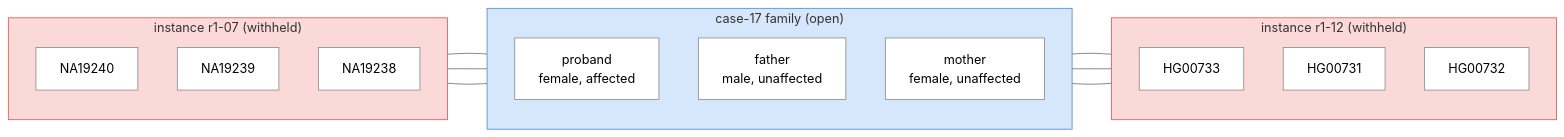
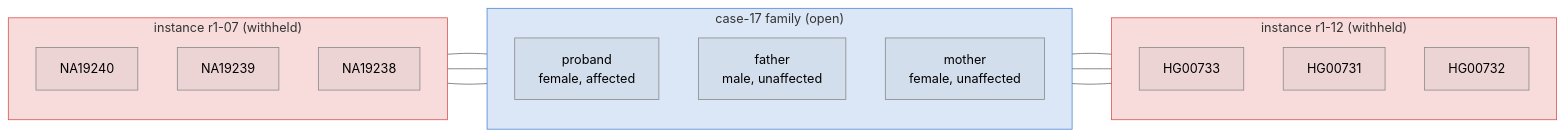
Before and after one commit to populationgenomics/rare-disease-benchmark: the second of 4 diagrams in docs/schema.md, drawn with Mermaid (neutral theme). The commit also changed other lines of this file and 6 other files, not shown here.

First line of the commit message:
schema: case instances are the items; diseases take several ids

````diff
--- a/docs/schema.md
+++ b/docs/schema.md
@@ -190,32 +183,32 @@
 ```mermaid
 flowchart LR
     subgraph I1["instance r1-07 (withheld)"]
         direction TB
         a1["NA19240"]
         a2["NA19239"]
         a3["NA19238"]
     end
 
     subgraph FAM["case-17 family (open)"]
         direction TB
         p["proband<br/>female, affected"]
         f["father<br/>male, unaffected"]
         m["mother<br/>female, unaffected"]
     end
 
     subgraph I2["instance r1-12 (withheld)"]
         direction TB
         b1["HG00733"]
         b2["HG00731"]
         b3["HG00732"]
     end
 
     a1 --- p --- b1
     a2 --- f --- b2
     a3 --- m --- b3
 
-    classDef default fill:#ffffff,stroke:#888888
-    style FAM fill:#d6e6fb,stroke:#4a86d4
-    style I1 fill:#fcd9d9,stroke:#d9534f
-    style I2 fill:#fcd9d9,stroke:#d9534f
+    classDef default fill:#8888881a,stroke:#888888
+    style FAM fill:#4a86d433,stroke:#4a86d4
+    style I1 fill:#d9534f33,stroke:#d9534f
+    style I2 fill:#d9534f33,stroke:#d9534f
 ```
````
